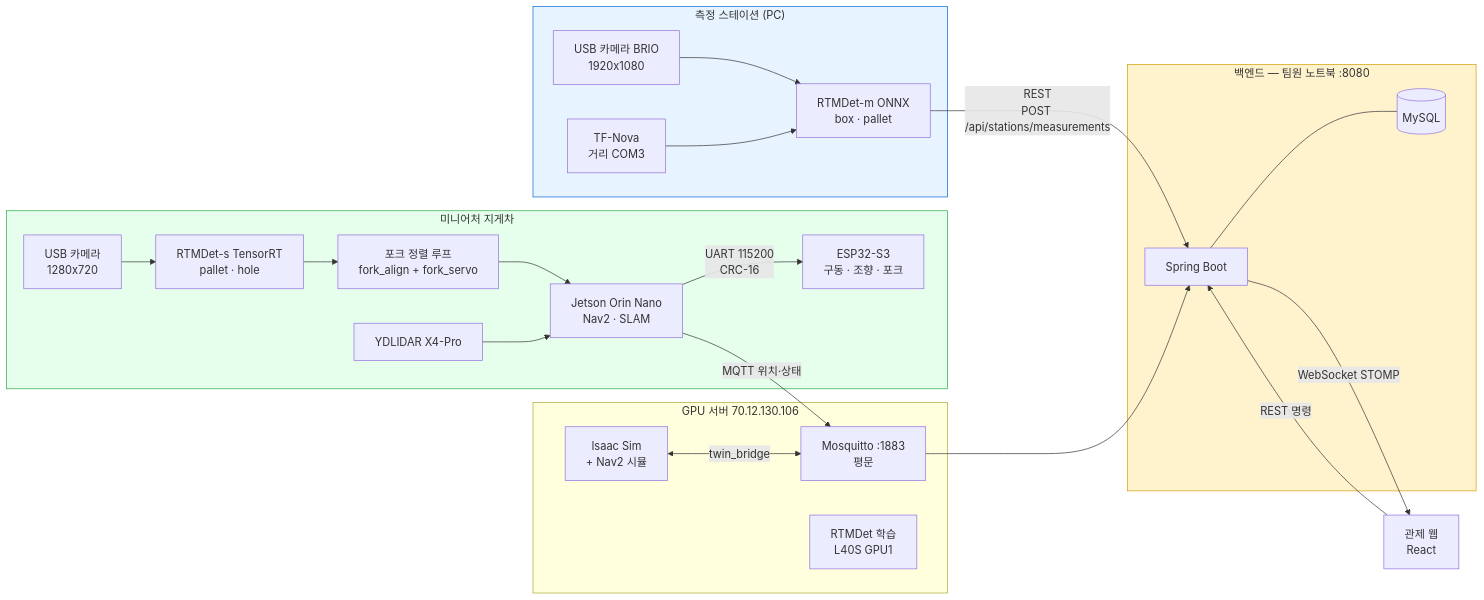
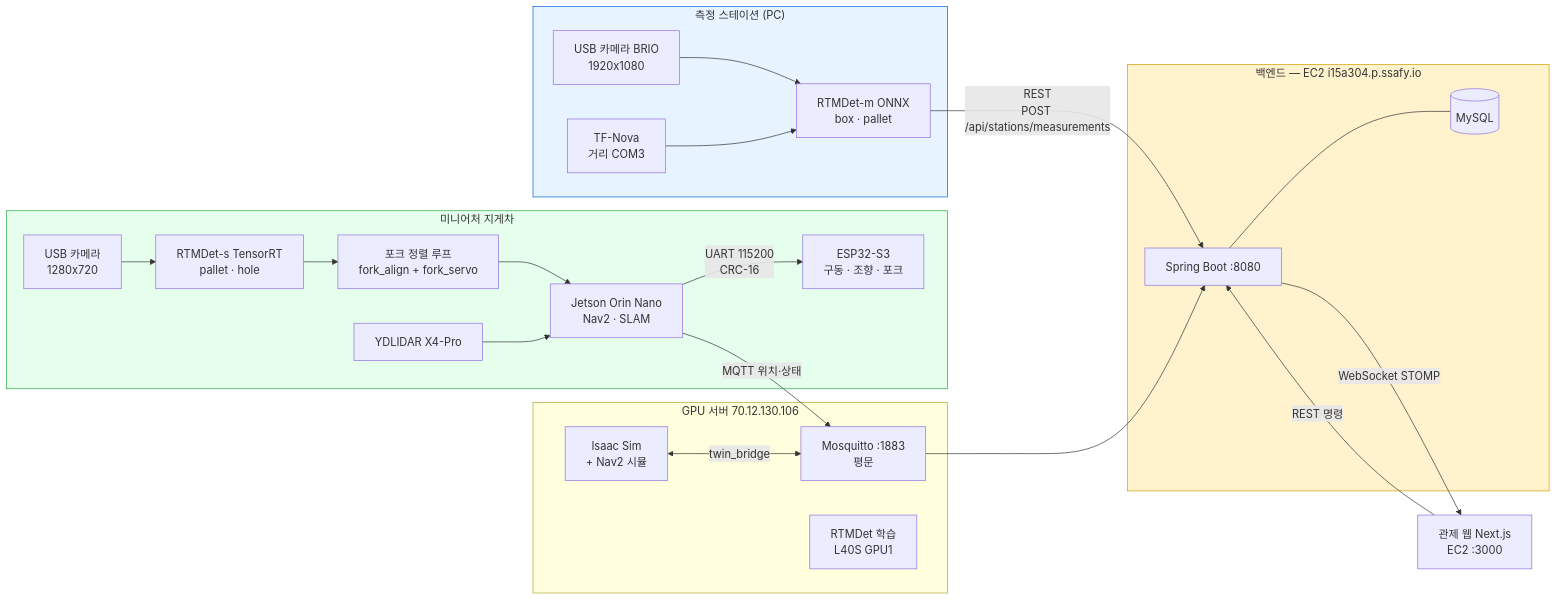
The diagram in docs/요구사항명세서.md (bjs0306b/fast-autonomous-forklift), drawn with Mermaid before and after one commit. The commit also changed other lines of this file, not shown here.

````diff
--- a/docs/요구사항명세서.md
+++ b/docs/요구사항명세서.md
@@ -214,47 +227,47 @@
 ```mermaid
 flowchart LR
     subgraph STA["측정 스테이션 (PC)"]
         CAM["USB 카메라 BRIO<br/>1920x1080"]
         TOF["TF-Nova<br/>거리 COM3"]
         MDET["RTMDet-m ONNX<br/>box · pallet"]
         CAM --> MDET
         TOF --> MDET
     end
 
     subgraph FL["미니어처 지게차"]
         JET["Jetson Orin Nano<br/>Nav2 · SLAM"]
         TRT["RTMDet-s TensorRT<br/>pallet · hole"]
         SERVO["포크 정렬 루프<br/>fork_align + fork_servo"]
         MCU["ESP32-S3<br/>구동 · 조향 · 포크"]
         UCAM["USB 카메라<br/>1280x720"]
         LIDAR["YDLIDAR X4-Pro"]
         UCAM --> TRT --> SERVO --> JET
         LIDAR --> JET
         JET -->|"UART 115200<br/>CRC-16"| MCU
     end
 
-    subgraph BE["백엔드 — 팀원 노트북 :8080"]
-        API["Spring Boot"]
+    subgraph BE["백엔드 — EC2 i15a304.p.ssafy.io"]
+        API["Spring Boot :8080"]
         DB[("MySQL")]
         API --- DB
     end
 
     subgraph GPU["GPU 서버 70.12.130.106"]
         BROKER["Mosquitto :1883<br/>평문"]
         ISAAC["Isaac Sim<br/>+ Nav2 시뮬"]
         TRAIN["RTMDet 학습<br/>L40S GPU1"]
     end
 
-    WEB["관제 웹<br/>React"]
+    WEB["관제 웹 Next.js<br/>EC2 :3000"]
 
     MDET -->|"REST<br/>POST /api/stations/measurements"| API
     JET -->|"MQTT 위치·상태"| BROKER
     BROKER --> API
     ISAAC <-->|"twin_bridge"| BROKER
     API -->|"WebSocket STOMP"| WEB
     WEB -->|"REST 명령"| API
 
     style BE fill:#fff3cd,stroke:#d39e00
     style STA fill:#e7f3ff,stroke:#0366d6
     style FL fill:#e6ffed,stroke:#28a745
 ```
````
